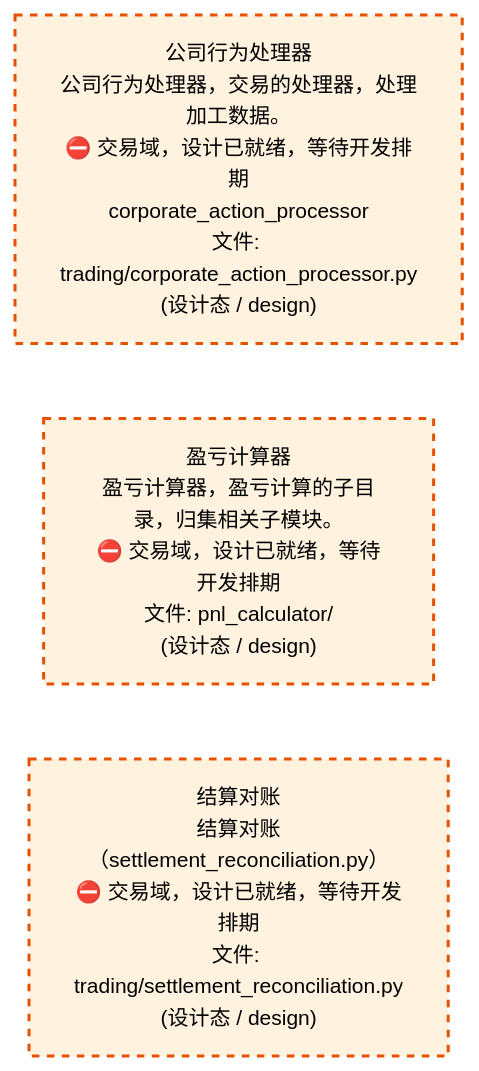
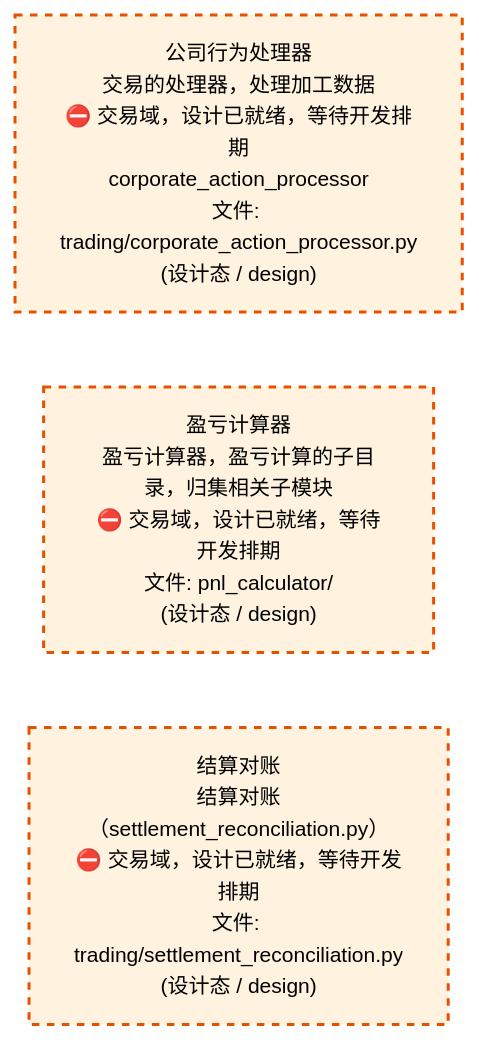
Before and after one commit to xuanFelixVan/ZephyrAlpha: the third of 4 diagrams in docs/02_enterprise_architecture/02_domain_architecture_docs/72_d_trading.md, drawn with Mermaid. The commit also changed other lines of this file and 62 other files, not shown here.

````diff
--- a/docs/02_enterprise_architecture/02_domain_architecture_docs/72_d_trading.md
+++ b/docs/02_enterprise_architecture/02_domain_architecture_docs/72_d_trading.md
@@ -299,14 +297,14 @@
 ```mermaid
 %%{init: {'theme': 'base', 'themeVariables': {'primaryColor': '#eaeaea', 'primaryTextColor': '#333333', 'primaryBorderColor': '#666666', 'lineColor': '#666666', 'secondaryColor': '#eaeaea', 'tertiaryColor': '#eaeaea', 'fontSize': '14px'}}}%%
 flowchart TD
-    src_zephyr_trading_corporate_action_processor_py["公司行为处理器<br/>公司行为处理器，交易的处理器，处理加工数据。<br/>⛔ 交易域，设计已就绪，等待开发排期<br/>corporate_action_processor<br/>文件: trading/corporate_action_processor.py<br/>(设计态 / design)"]
-    src_zephyr_trading_pnl_calculator["盈亏计算器<br/>盈亏计算器，盈亏计算的子目录，归集相关子模块。<br/>⛔ 交易域，设计已就绪，等待开发排期<br/>文件: pnl_calculator/<br/>(设计态 / design)"]
+    src_zephyr_trading_corporate_action_processor_py["公司行为处理器<br/>交易的处理器，处理加工数据<br/>⛔ 交易域，设计已就绪，等待开发排期<br/>corporate_action_processor<br/>文件: trading/corporate_action_processor.py<br/>(设计态 / design)"]
+    src_zephyr_trading_pnl_calculator["盈亏计算器<br/>盈亏计算器，盈亏计算的子目录，归集相关子模块<br/>⛔ 交易域，设计已就绪，等待开发排期<br/>文件: pnl_calculator/<br/>(设计态 / design)"]
     src_zephyr_trading_settlement_reconciliation_py["结算对账<br/>结算对账（settlement_reconciliation.py）<br/>⛔ 交易域，设计已就绪，等待开发排期<br/>文件: trading/settlement_reconciliation.py<br/>(设计态 / design)"]
     src_zephyr_trading_corporate_action_processor_py ~~~ src_zephyr_trading_pnl_calculator
     src_zephyr_trading_pnl_calculator ~~~ src_zephyr_trading_settlement_reconciliation_py
     classDef production fill:#e1f5fe,stroke:#01579b,stroke-width:2px,color:#000
     classDef design fill:#fff3e0,stroke:#e65100,stroke-width:2px,color:#000,stroke-dasharray: 5 5
     classDef external_prod fill:#e8f4fd,stroke:#0277bd,stroke-width:1px,color:#000
     classDef external_design fill:#fff8e7,stroke:#ef6c00,stroke-width:1px,color:#000,stroke-dasharray: 5 5
     class src_zephyr_trading_corporate_action_processor_py,src_zephyr_trading_pnl_calculator,src_zephyr_trading_settlement_reconciliation_py design
 ```
````
